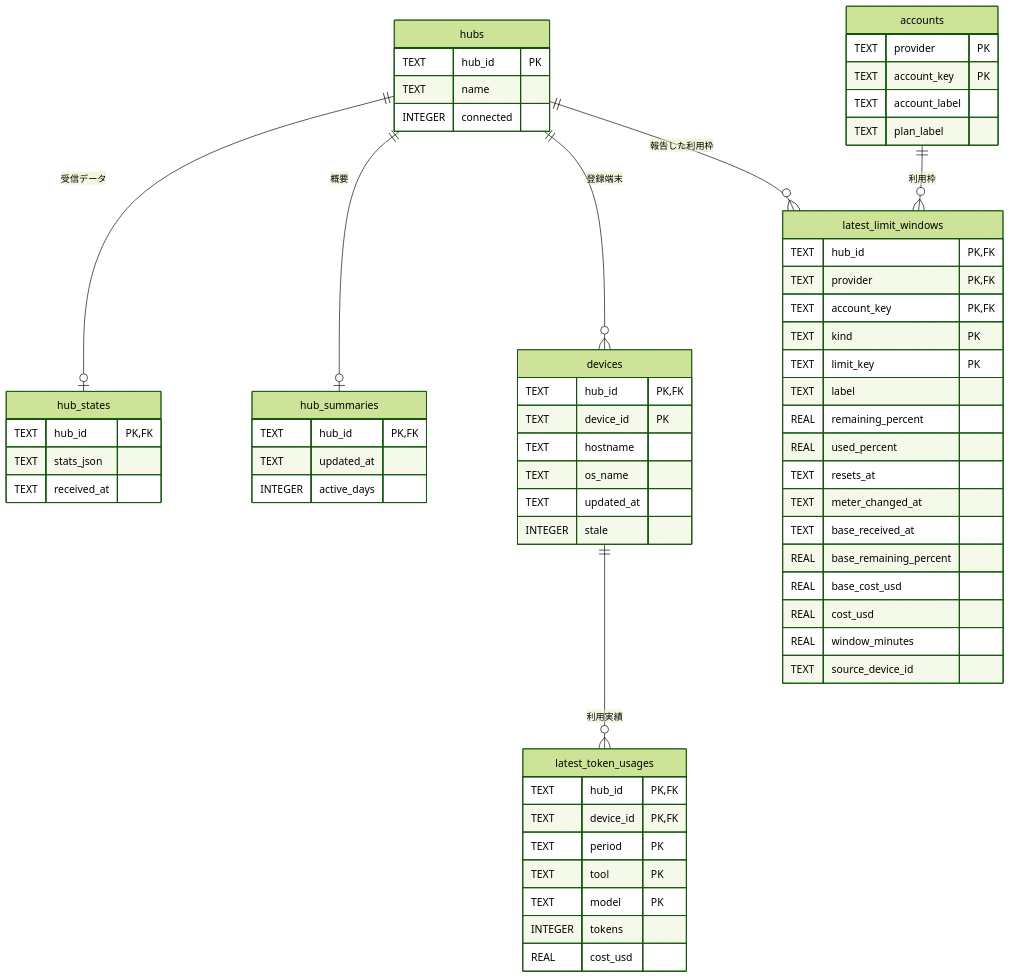
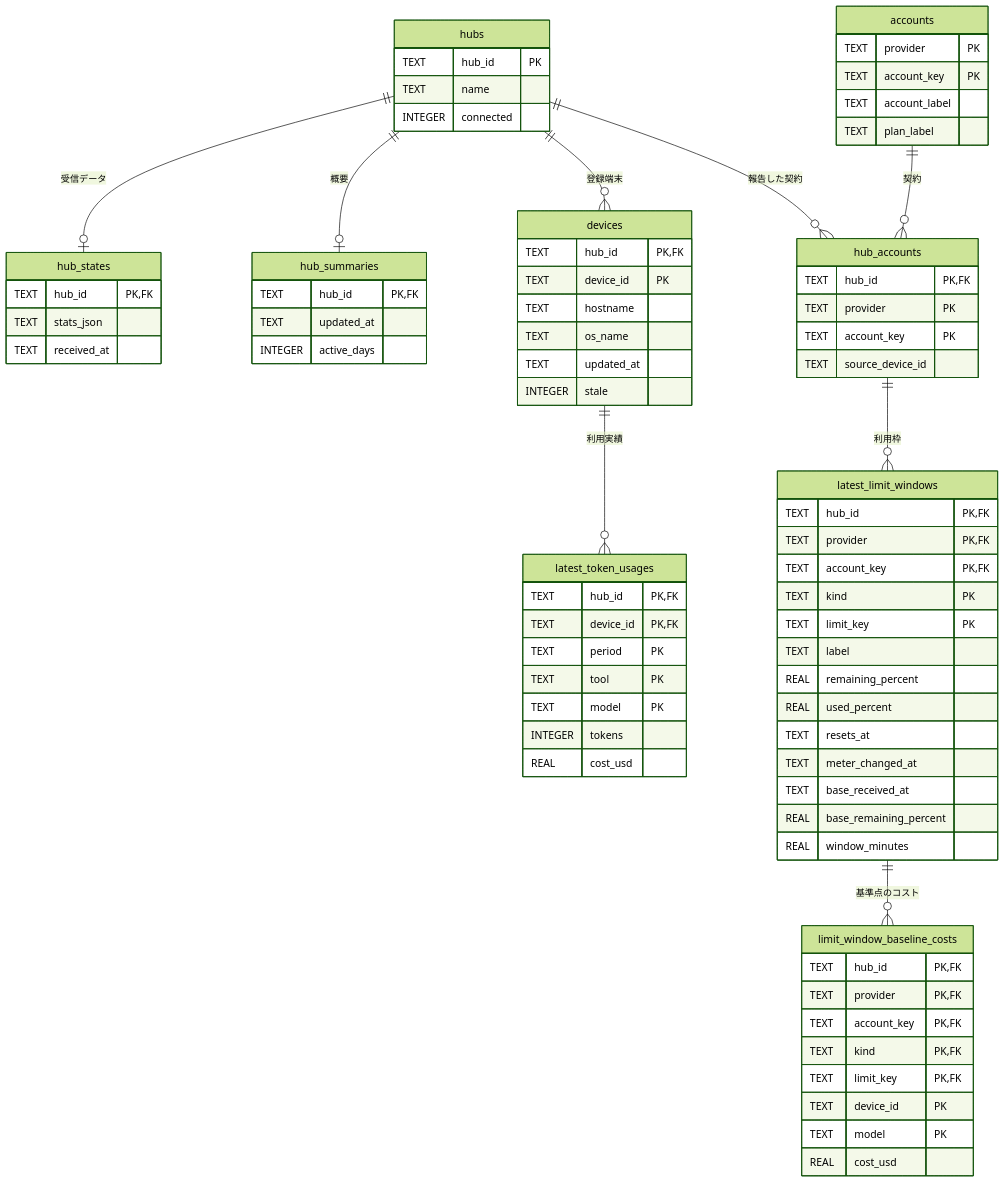
The diagram in docs/design/data.md (nuitsjp/multi-token-monitor), drawn with Mermaid (forest theme) before and after one commit. The commit also changed other lines of this file and 3 other files, not shown here.

First line of the commit message:
docs: store baseline cost facts per window instead of scoped costs

````diff
--- a/docs/design/data.md
+++ b/docs/design/data.md
@@ -7,65 +7,80 @@
 ```mermaid
 erDiagram
   hubs ||--o| hub_states : "受信データ"
   hubs ||--o| hub_summaries : "概要"
   hubs ||--o{ devices : "登録端末"
   devices ||--o{ latest_token_usages : "利用実績"
-  hubs ||--o{ latest_limit_windows : "報告した利用枠"
-  accounts ||--o{ latest_limit_windows : "利用枠"
+  hubs ||--o{ hub_accounts : "報告した契約"
+  accounts ||--o{ hub_accounts : "契約"
+  hub_accounts ||--o{ latest_limit_windows : "利用枠"
+  latest_limit_windows ||--o{ limit_window_baseline_costs : "基準点のコスト"
   hubs {
     TEXT hub_id PK
     TEXT name
     INTEGER connected
   }
   hub_states {
     TEXT hub_id PK,FK
     TEXT stats_json
     TEXT received_at
   }
   hub_summaries {
     TEXT hub_id PK,FK
     TEXT updated_at
     INTEGER active_days
   }
   devices {
     TEXT hub_id PK,FK
     TEXT device_id PK
     TEXT hostname
     TEXT os_name
     TEXT updated_at
     INTEGER stale
   }
   latest_token_usages {
     TEXT hub_id PK,FK
     TEXT device_id PK,FK
     TEXT period PK
     TEXT tool PK
     TEXT model PK
     INTEGER tokens
     REAL cost_usd
   }
   accounts {
     TEXT provider PK
     TEXT account_key PK
     TEXT account_label
     TEXT plan_label
   }
+  hub_accounts {
+    TEXT hub_id PK,FK
+    TEXT provider PK
+    TEXT account_key PK
+    TEXT source_device_id
+  }
   latest_limit_windows {
     TEXT hub_id PK,FK
     TEXT provider PK,FK
     TEXT account_key PK,FK
     TEXT kind PK
     TEXT limit_key PK
     TEXT label
     REAL remaining_percent
     REAL used_percent
     TEXT resets_at
     TEXT meter_changed_at
     TEXT base_received_at
     REAL base_remaining_percent
-    REAL base_cost_usd
+    REAL window_minutes
+  }
+  limit_window_baseline_costs {
+    TEXT hub_id PK,FK
+    TEXT provider PK,FK
+    TEXT account_key PK,FK
+    TEXT kind PK,FK
+    TEXT limit_key PK,FK
+    TEXT device_id PK
+    TEXT model PK
     REAL cost_usd
-    REAL window_minutes
-    TEXT source_device_id
   }
 ```
````
